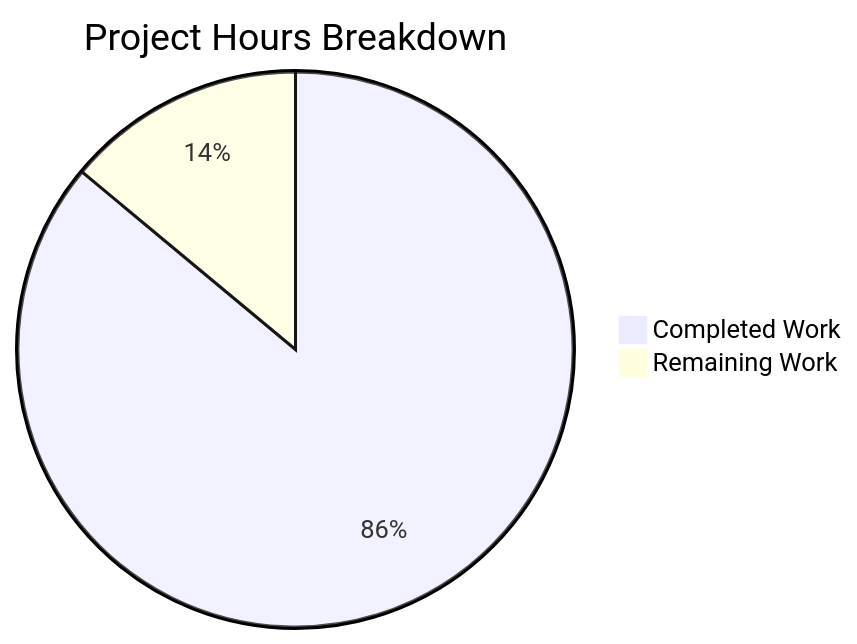
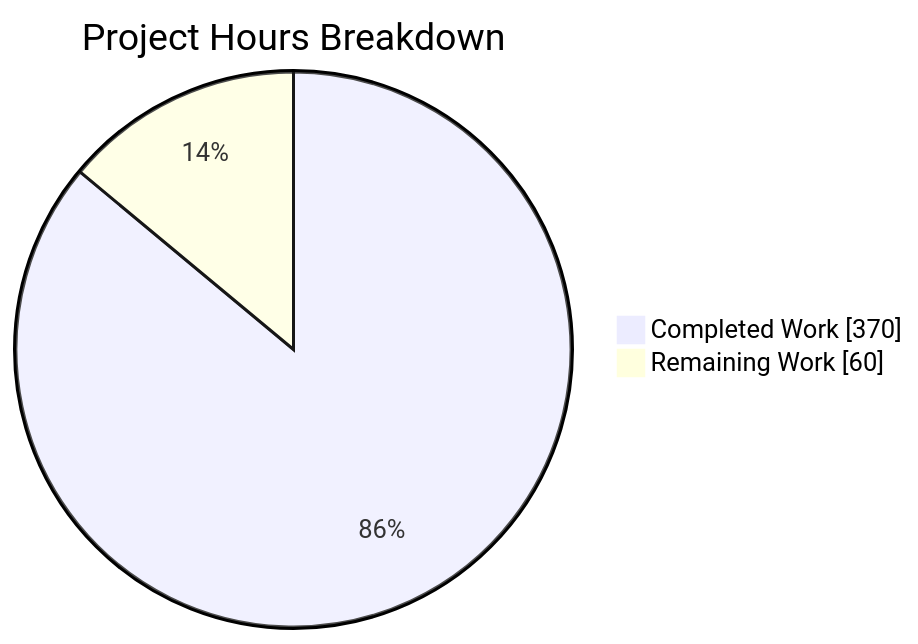
The second of 3 diagrams in docs/project-guide.md (Blitzy-Sandbox/blitzy-wordpress), drawn with Mermaid before and after one commit. The commit also changed other lines of this file and 10 other files, not shown here.

````diff
--- a/docs/project-guide.md
+++ b/docs/project-guide.md
@@ -244,5 +245,5 @@
 ```mermaid
-pie title Project Hours Breakdown
+pie showData title Project Hours Breakdown
     "Completed Work" : 370
     "Remaining Work" : 60
 ```
````
